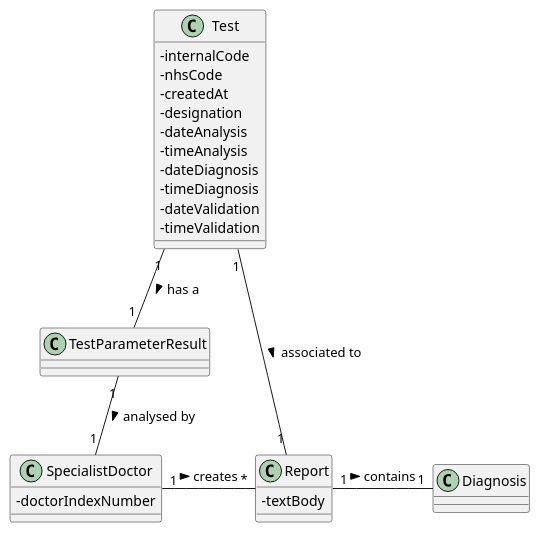
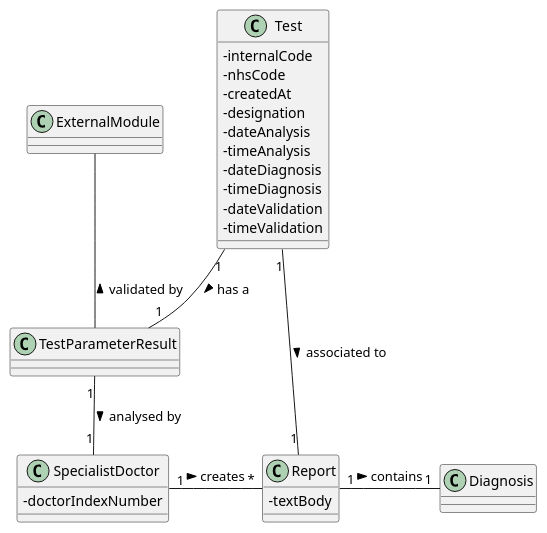
The diagram in docs/SprintC/US14/US14_DM.puml (MadDinosaur/ISEP-LAPR2), drawn with PlantUML before and after one commit. The commit also changed 5 other files, not shown here.

```diff
--- a/docs/SprintC/US14/US14_DM.puml
+++ b/docs/SprintC/US14/US14_DM.puml
@@ -1,34 +1,35 @@
 @startuml
 
 skinparam classAttributeIconSize 0
 
 class Test {
 -internalCode
 -nhsCode
 -createdAt
 -designation
 -dateAnalysis
 -timeAnalysis
 -dateDiagnosis
 -timeDiagnosis
 -dateValidation
 -timeValidation
 }
 
 class SpecialistDoctor {
 -doctorIndexNumber
 }
 
 class Diagnosis
 
 class Report {
 -textBody
 }
 
 Test "1"-down-"1" TestParameterResult: has a >
 Test "1"-"1" Report: associated to >
 Report "1"-"1" Diagnosis: contains >
 TestParameterResult "1"-down-"1" SpecialistDoctor: analysed by >
 SpecialistDoctor "1"-right-"*" Report: creates >
+TestParameterResult -up- ExternalModule: validated by >
 
 @enduml
```
